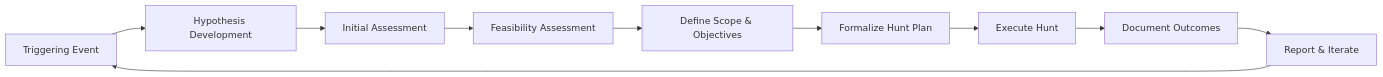
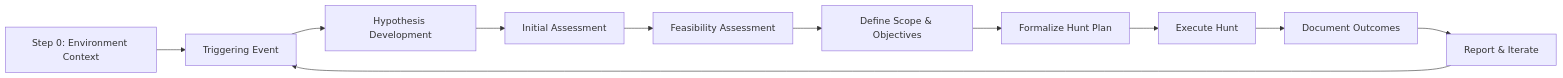
Before and after one commit to sims718718/UnifiedThreatHunting: the first of 2 diagrams in README.md, drawn with Mermaid. The commit also changed other lines of this file, not shown here.

````diff
--- a/README.md
+++ b/README.md
@@ -7,12 +7,13 @@
 ```mermaid
 graph LR
-    A[Triggering Event] --> B[Hypothesis Development]
+    Z[Step 0: Environment Context] --> A[Triggering Event]
+    A --> B[Hypothesis Development]
     B --> C[Initial Assessment]
     C --> D[Feasibility Assessment]
     D --> E[Define Scope & Objectives]
     E --> F[Formalize Hunt Plan]
     F --> G[Execute Hunt]
     G --> H[Document Outcomes]
     H --> I[Report & Iterate]
     I --> A
 ```
````
